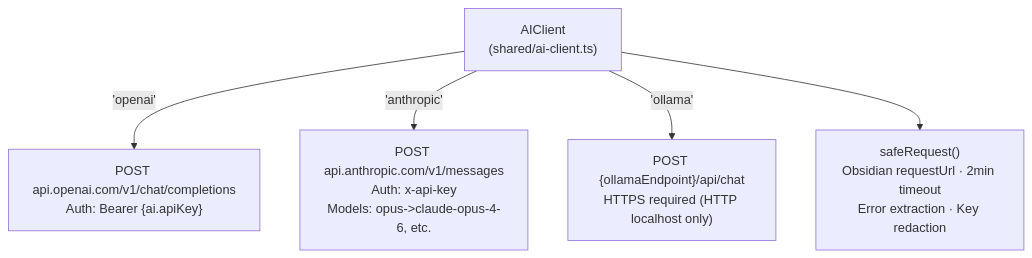
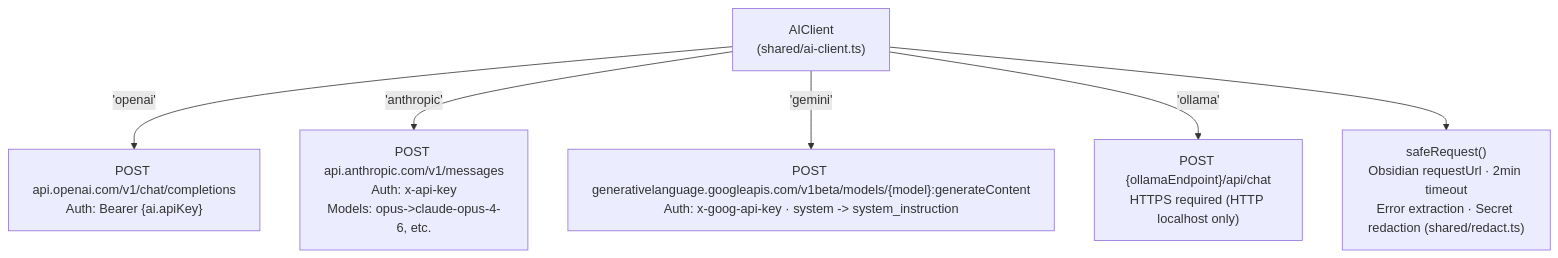
Diagram 11 of 11 in ARCHITECTURE.md (dustinkeeton/obsidian-synapse), drawn with Mermaid before and after one commit. The commit also changed other lines of this file and 19 other files, not shown here.

First line of the commit message:
chore: full codebase audit — architecture, security, and docs

````diff
--- a/ARCHITECTURE.md
+++ b/ARCHITECTURE.md
@@ -689,10 +695,11 @@
 ```mermaid
 graph TB
     AIC["AIClient<br/>(shared/ai-client.ts)"]
 
     AIC -->|"'openai'"| OAI["POST api.openai.com/v1/chat/completions<br/>Auth: Bearer {ai.apiKey}"]
     AIC -->|"'anthropic'"| ANT["POST api.anthropic.com/v1/messages<br/>Auth: x-api-key<br/>Models: opus->claude-opus-4-6, etc."]
+    AIC -->|"'gemini'"| GEM["POST generativelanguage.googleapis.com/v1beta/models/{model}:generateContent<br/>Auth: x-goog-api-key · system -> system_instruction"]
     AIC -->|"'ollama'"| OLL["POST {ollamaEndpoint}/api/chat<br/>HTTPS required (HTTP localhost only)"]
 
-    AIC --> Safe["safeRequest()<br/>Obsidian requestUrl · 2min timeout<br/>Error extraction · Key redaction"]
+    AIC --> Safe["safeRequest()<br/>Obsidian requestUrl · 2min timeout<br/>Error extraction · Secret redaction (shared/redact.ts)"]
 ```
````
